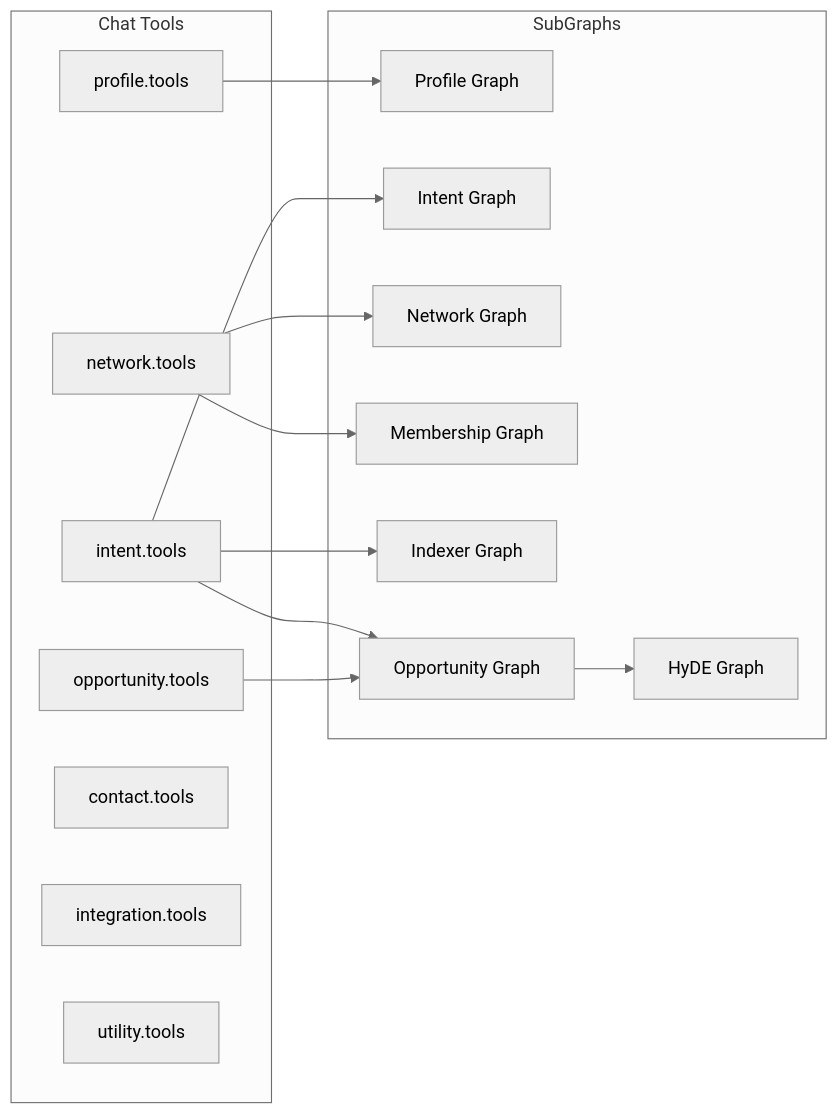
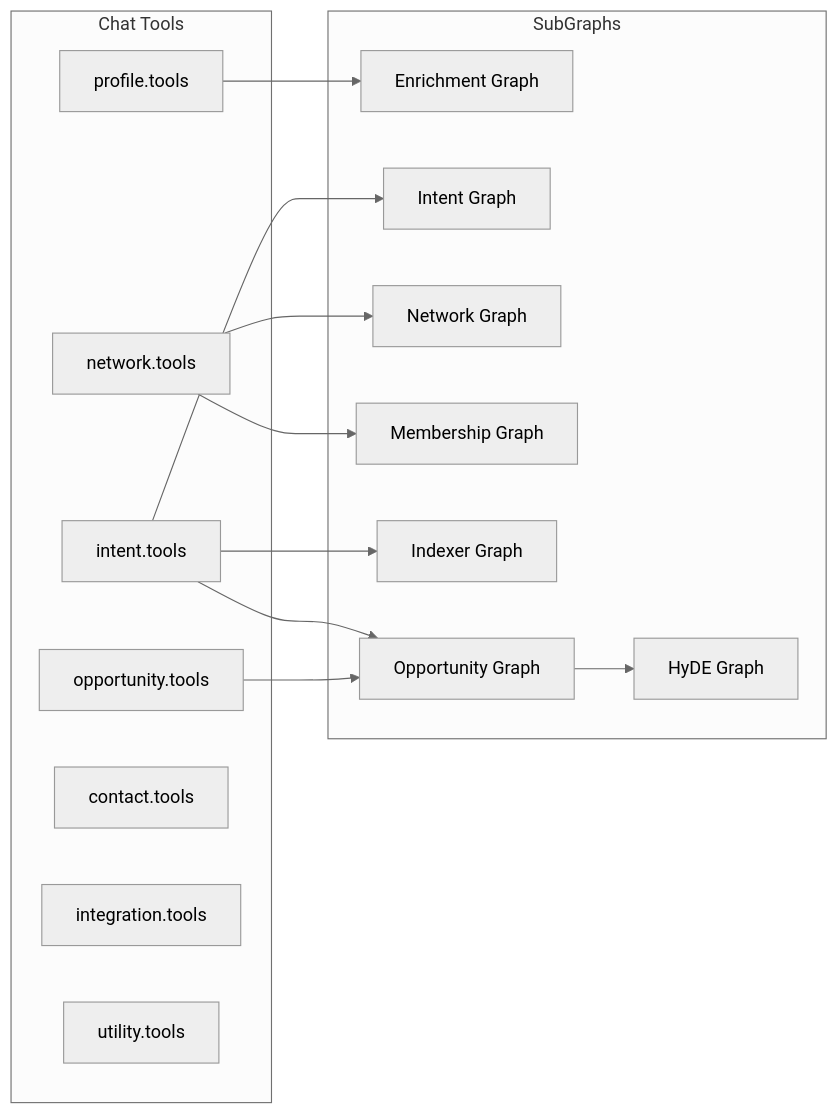
Before and after one commit to indexnetwork/index: the fifth of 5 diagrams in packages/protocol/src/README.md, drawn with Mermaid (neutral theme). The commit also changed other lines of this file and 130 other files, not shown here.

First line of the commit message:
refactor!: eliminate the profile concept — rename pipeline to enrichment (IND-368) (#1000)

````diff
--- a/packages/protocol/src/README.md
+++ b/packages/protocol/src/README.md
@@ -289,31 +289,31 @@
 ```mermaid
 flowchart LR
     subgraph tools [Chat Tools]
         PT[profile.tools]
         IT[intent.tools]
         IdxT[network.tools]
         OT[opportunity.tools]
         CT[contact.tools]
         IntT[integration.tools]
         UT[utility.tools]
     end
 
     subgraph graphs [SubGraphs]
-        PG[Profile Graph]
+        PG[Enrichment Graph]
         IG[Intent Graph]
         IxG[Network Graph]
         IMG[Membership Graph]
         IIG[Indexer Graph]
         OG[Opportunity Graph]
         HG[HyDE Graph]
     end
 
     PT --> PG
     IT --> IG
     IT --> IIG
     IT --> OG
     IdxT --> IxG
     IdxT --> IMG
     OT --> OG
     OG --> HG
 ```
````
